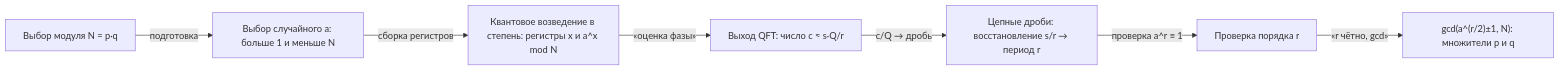
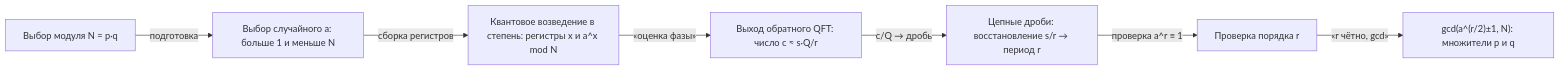
One commit to DrDimooon/qc-design-course changed the diagram in curriculum/03-algorithms/02-qft-shor.md. Above: the diagram before and after it, drawn with Mermaid. The commit also changed other lines of this file and 64 other files, not shown here.

````diff
--- a/curriculum/03-algorithms/02-qft-shor.md
+++ b/curriculum/03-algorithms/02-qft-shor.md
@@ -83,9 +126,9 @@
 ```mermaid
 flowchart LR
   A["Выбор модуля N = p·q"] -->|"подготовка"| B["Выбор случайного a: больше 1 и меньше N"]
   B -->|"сборка регистров"| C["Квантовое возведение в степень: регистры x и a^x mod N"]
-  C -->|«оценка фазы»| D["Выход QFT: число c ≈ s·Q/r"]
+  C -->|«оценка фазы»| D["Выход обратного QFT: число c ≈ s·Q/r"]
   D -->|"с/Q → дробь"| E["Цепные дроби: восстановление s/r → период r"]
   E -->|"проверка a^r ≡ 1"| F["Проверка порядка r"]
   F -->|«r чётно, gcd»| G["gcd(a^(r/2)±1, N): множители p и q"]
 ```
````
